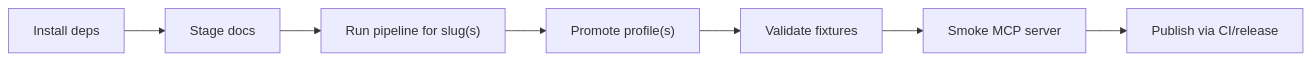
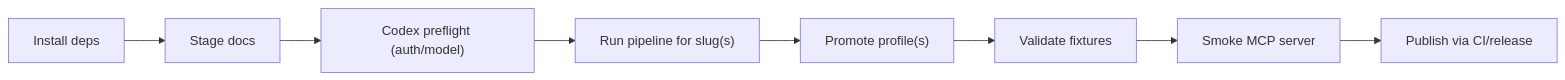
One commit to saulrichardson/gov-mcp changed the first of 2 diagrams in OPERATIONS.md. Above: the diagram before and after it, drawn with Mermaid. The commit also changed other lines of this file and 86 other files, not shown here.

Commit message:
Harden pipeline reliability, add preflight tooling, and refresh docs/tests

````diff
--- a/OPERATIONS.md
+++ b/OPERATIONS.md
@@ -9,9 +9,10 @@
 ```mermaid
 flowchart LR
     A["Install deps"] --> B["Stage docs"]
-    B --> C["Run pipeline for slug(s)"]
-    C --> D["Promote profile(s)"]
-    D --> E["Validate fixtures"]
-    E --> F["Smoke MCP server"]
-    F --> G["Publish via CI/release"]
+    B --> C["Codex preflight (auth/model)"]
+    C --> D["Run pipeline for slug(s)"]
+    D --> E["Promote profile(s)"]
+    E --> F["Validate fixtures"]
+    F --> G["Smoke MCP server"]
+    G --> H["Publish via CI/release"]
 ```
````
